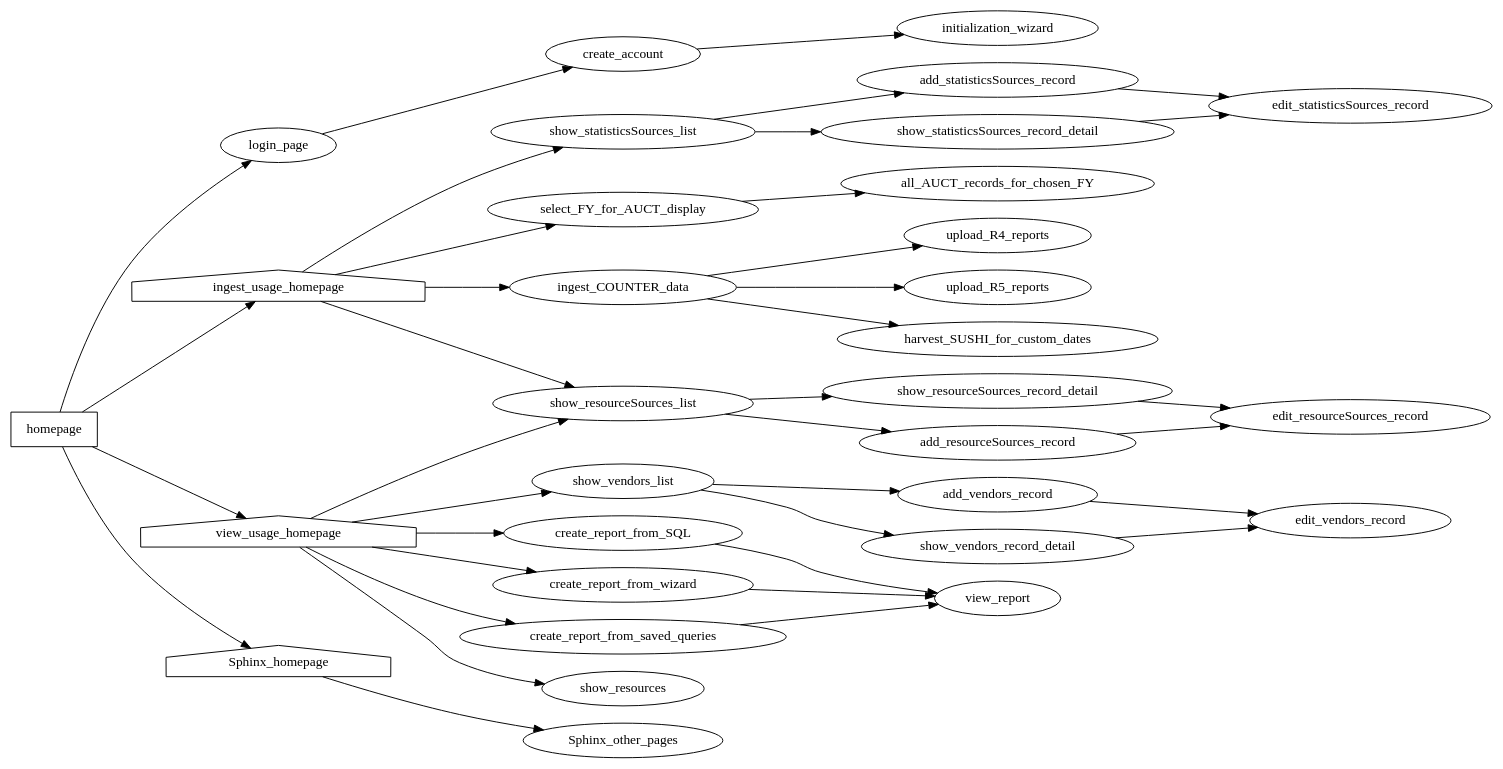
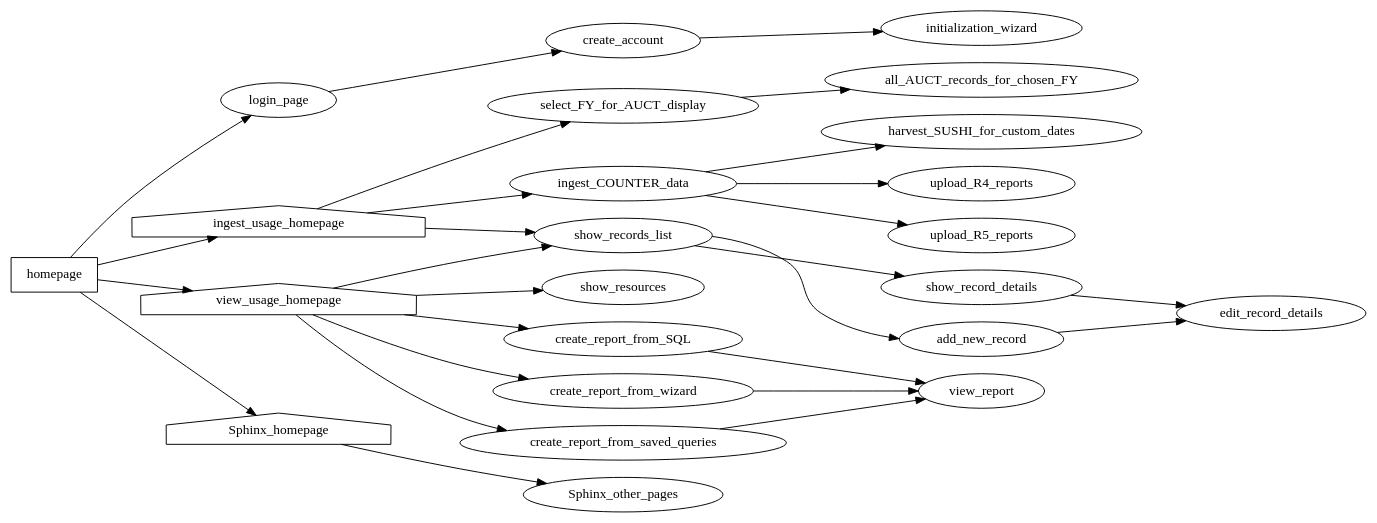
Before and after one commit to ereiskind/nolcat: the diagram in docs/source/sitemap.dot, drawn with Graphviz.

Commit message:
Consolidate pages for viewing records

```diff
--- a/docs/source/sitemap.dot
+++ b/docs/source/sitemap.dot
@@ -1,96 +1,74 @@
 digraph nolcat_sitemap {
     /* *** NoLCAT SITEMAP *** */
     rankdir=LR
 
 
     /* *** Main NoLCAT Folder *** */
     homepage [shape="box"]
         homepage -> login_page
         homepage -> ingest_usage_homepage
         homepage -> view_usage_homepage
         homepage -> Sphinx_homepage
     login_page
         login_page -> create_account
     create_account
         create_account -> initialization_wizard // Page in `ingest` section; linkage because program will request data for database initialization upon creation of first account
     // And any other pages needed for authentication
 
 
     /* *** `ingest` Blueprint *** */
     ingest_usage_homepage [shape="house"]
         ingest_usage_homepage -> ingest_COUNTER_data
-        ingest_usage_homepage -> show_statisticsSources_list
-        ingest_usage_homepage -> show_resourceSources_list
+        ingest_usage_homepage -> show_records_list
         ingest_usage_homepage -> select_FY_for_AUCT_display
     
     // Pages for ingesting COUNTER data
     ingest_COUNTER_data
         ingest_COUNTER_data -> upload_R4_reports
         ingest_COUNTER_data -> upload_R5_reports
         ingest_COUNTER_data -> harvest_SUSHI_for_custom_dates
     upload_R4_reports
     upload_R5_reports
     harvest_SUSHI_for_custom_dates
     initialization_wizard
 
     // Pages for viewing status of usage collection for a given FY
     select_FY_for_AUCT_display
         select_FY_for_AUCT_display -> all_AUCT_records_for_chosen_FY
     all_AUCT_records_for_chosen_FY
 
 
     /* *** `view` Blueprint *** */
     view_usage_homepage [shape="house"]
         view_usage_homepage -> create_report_from_SQL
         view_usage_homepage -> create_report_from_wizard
         view_usage_homepage -> create_report_from_saved_queries
-        view_usage_homepage -> show_resourceSources_list
+        view_usage_homepage -> show_records_list
         view_usage_homepage -> show_resources
-        view_usage_homepage -> show_vendors_list
     show_resources // Meaning the items in the resources table
     
     // Pages for Querying and Displaying Usage Data
     create_report_from_SQL // Runs a custom SQL statement against the database
         create_report_from_SQL -> view_report
     create_report_from_wizard // GUI options are used to write SQL behind the scenes
         create_report_from_wizard -> view_report
     create_report_from_saved_queries // SQL statements that are either complete or only ask for one input for commonly asked questions
         create_report_from_saved_queries -> view_report
     view_report
 
-
-    /* *** View Records from a Relation *** */
-    // Not sure if this should go in `ingest`, `view`, or a new `records` blueprint
-    show_statisticsSources_list
-        show_statisticsSources_list -> add_statisticsSources_record
-        show_statisticsSources_list -> show_statisticsSources_record_detail
-    add_statisticsSources_record
-        add_statisticsSources_record -> edit_statisticsSources_record // To provide info for the new record
-    show_statisticsSources_record_detail
-        show_statisticsSources_record_detail -> edit_statisticsSources_record
-    edit_statisticsSources_record // Includes adding or editing notes
-
-    show_resourceSources_list
-        show_resourceSources_list -> add_resourceSources_record
-        show_resourceSources_list -> show_resourceSources_record_detail
-    add_resourceSources_record
-        add_resourceSources_record -> edit_resourceSources_record // To provide info for the new record
-    show_resourceSources_record_detail
-        show_resourceSources_record_detail -> edit_resourceSources_record
-    edit_resourceSources_record // Includes adding or editing notes
-
-    show_vendors_list
-        show_vendors_list -> add_vendors_record
-        show_vendors_list -> show_vendors_record_detail
-    add_vendors_record
-        add_vendors_record -> edit_vendors_record // To provide info for the new record
-    show_vendors_record_detail
-        show_vendors_record_detail -> edit_vendors_record
-    edit_vendors_record // Includes adding or editing notes
+    // Pages for Viewing, Adding, and Editing Records to a Relation
+    show_records_list
+        show_records_list -> add_new_record
+        show_records_list -> show_record_details
+    add_new_record
+        add_new_record -> edit_record_details // To provide info for the new record
+    show_record_details
+        show_record_details -> edit_record_details
+    edit_record_details // Includes adding or editing notes
 
 
     /* *** Sphinx *** */
     Sphinx_homepage [shape="house"]
         Sphinx_homepage -> Sphinx_other_pages
     Sphinx_other_pages // Use Sphinx itself for site organization
 }
```
